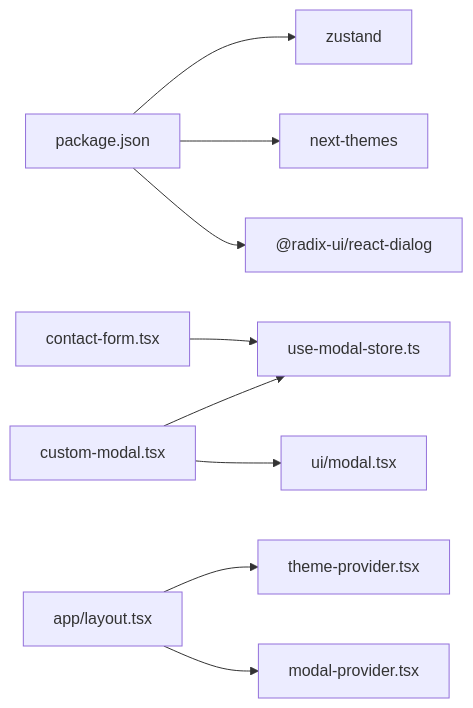
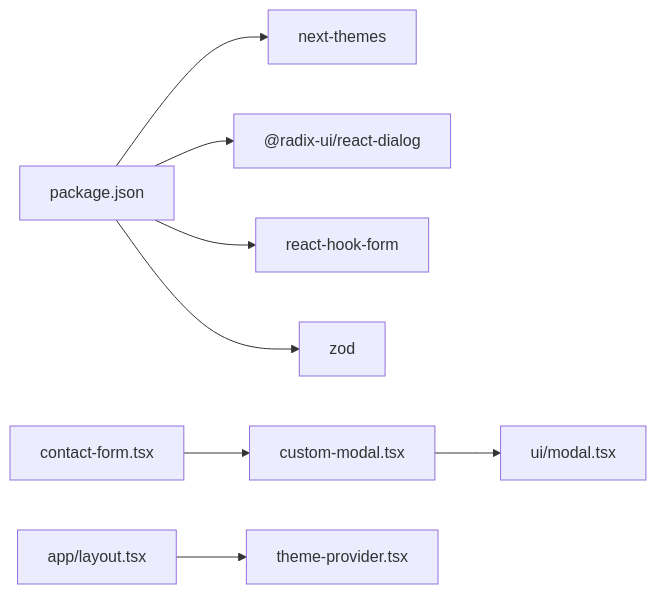
The sixth of 6 diagrams in .qoder/repowiki/zh/content/架构设计/数据流设计/状态管理数据流.md (florianjsun/next-portfolio), drawn with Mermaid before and after one commit. The commit also changed other lines of this file and 49 other files, not shown here.

````diff
--- a/.qoder/repowiki/zh/content/架构设计/数据流设计/状态管理数据流.md
+++ b/.qoder/repowiki/zh/content/架构设计/数据流设计/状态管理数据流.md
@@ -277,11 +233,10 @@
 ```mermaid
 graph LR
-Pkg["package.json"] --> ZS["zustand"]
-Pkg --> NT["next-themes"]
+Pkg["package.json"] --> NT["next-themes"]
 Pkg --> RD["@radix-ui/react-dialog"]
-CF["contact-form.tsx"] --> MS["use-modal-store.ts"]
-CM["custom-modal.tsx"] --> MS
+Pkg --> RHF["react-hook-form"]
+Pkg --> ZOD["zod"]
+CF["contact-form.tsx"] --> CM["custom-modal.tsx"]
 CM --> UM["ui/modal.tsx"]
 L["app/layout.tsx"] --> TP["theme-provider.tsx"]
-L --> MP["modal-provider.tsx"]
 ```
````
